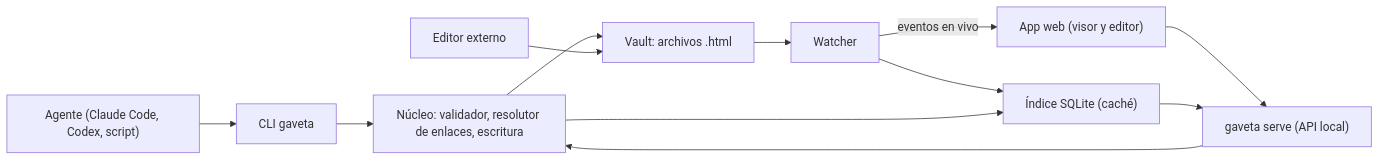
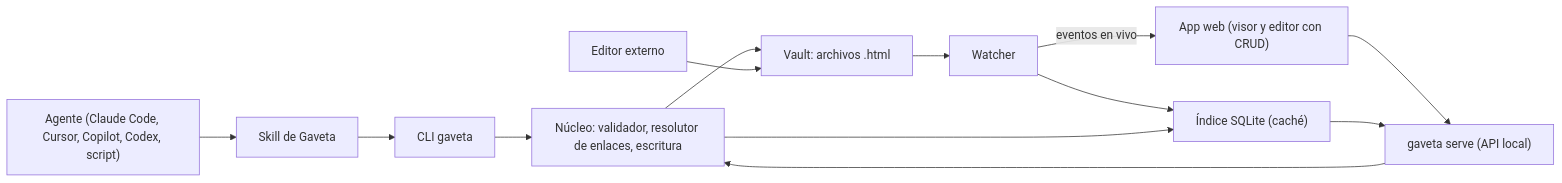
Before and after one commit to antonioaren/gaveta: the first of 3 diagrams in docs/PRD.md, drawn with Mermaid. The commit also changed other lines of this file and 2 other files, not shown here.

Commit message:
docs: approve decisions, add agent skill (DEC-08) and full CRUD in app

````diff
--- a/docs/PRD.md
+++ b/docs/PRD.md
@@ -83,14 +83,15 @@
 ```mermaid
 flowchart LR
-  Agent["Agente (Claude Code, Codex, script)"] --> Cli["CLI gaveta"]
-  App["App web (visor y editor)"] --> Serve["gaveta serve (API local)"]
+  Agent["Agente (Claude Code, Cursor, Copilot, Codex, script)"] --> Skill["Skill de Gaveta"]
+  Skill --> Cli["CLI gaveta"]
+  App["App web (visor y editor con CRUD)"] --> Serve["gaveta serve (API local)"]
   Cli --> Core["Núcleo: validador, resolutor de enlaces, escritura"]
   Serve --> Core
   Core --> Files["Vault: archivos .html"]
   ExtEditor["Editor externo"] --> Files
   Files --> Watcher["Watcher"]
   Watcher --> Index["Índice SQLite (caché)"]
   Core --> Index
   Index --> Serve
   Watcher -->|"eventos en vivo"| App
 ```
````
